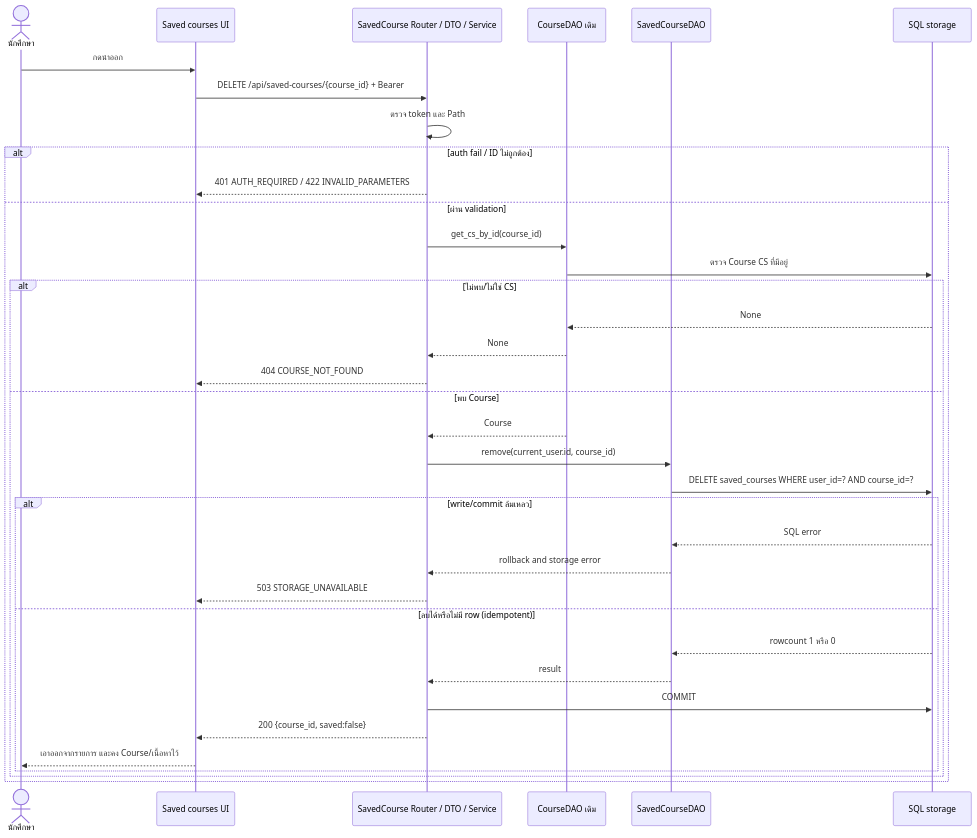
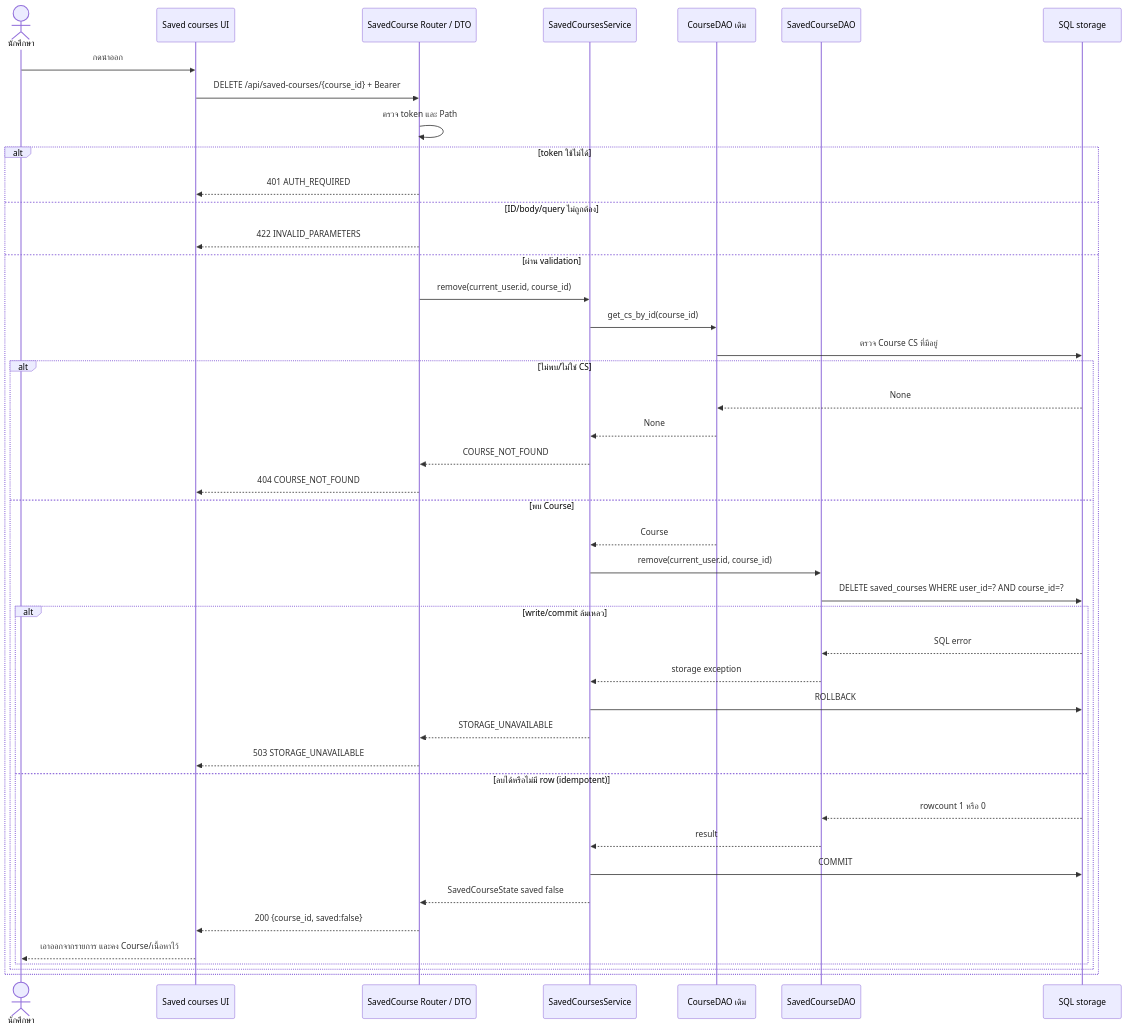
The diagram in docs/U10/design/task104-saved-courses-remove.mmd (Lilieay/cs261-group4-100001), drawn with Mermaid before and after one commit. The commit also changed 3 other files, not shown here.

```diff
--- a/docs/U10/design/task104-saved-courses-remove.mmd
+++ b/docs/U10/design/task104-saved-courses-remove.mmd
@@ -1,36 +1,44 @@
 sequenceDiagram
     actor Student as นักศึกษา
     participant UI as Saved courses UI
-    participant API as SavedCourse Router / DTO / Service
+    participant API as SavedCourse Router / DTO
+    participant SVC as SavedCoursesService
     participant CourseDAO as CourseDAO เดิม
     participant DAO as SavedCourseDAO
     participant DB as SQL storage
     Student->>UI: กดนำออก
     UI->>API: DELETE /api/saved-courses/{course_id} + Bearer
     API->>API: ตรวจ token และ Path
-    alt auth fail / ID ไม่ถูกต้อง
-        API-->>UI: 401 AUTH_REQUIRED / 422 INVALID_PARAMETERS
+    alt token ใช้ไม่ได้
+        API-->>UI: 401 AUTH_REQUIRED
+    else ID/body/query ไม่ถูกต้อง
+        API-->>UI: 422 INVALID_PARAMETERS
     else ผ่าน validation
-        API->>CourseDAO: get_cs_by_id(course_id)
+        API->>SVC: remove(current_user.id, course_id)
+        SVC->>CourseDAO: get_cs_by_id(course_id)
         CourseDAO->>DB: ตรวจ Course CS ที่มีอยู่
         alt ไม่พบ/ไม่ใช่ CS
             DB-->>CourseDAO: None
-            CourseDAO-->>API: None
+            CourseDAO-->>SVC: None
+            SVC-->>API: COURSE_NOT_FOUND
             API-->>UI: 404 COURSE_NOT_FOUND
         else พบ Course
-            CourseDAO-->>API: Course
-            API->>DAO: remove(current_user.id, course_id)
+            CourseDAO-->>SVC: Course
+            SVC->>DAO: remove(current_user.id, course_id)
             DAO->>DB: DELETE saved_courses WHERE user_id=? AND course_id=?
             alt write/commit ล้มเหลว
                 DB-->>DAO: SQL error
-                DAO-->>API: rollback and storage error
+                DAO-->>SVC: storage exception
+                SVC->>DB: ROLLBACK
+                SVC-->>API: STORAGE_UNAVAILABLE
                 API-->>UI: 503 STORAGE_UNAVAILABLE
             else ลบได้หรือไม่มี row (idempotent)
                 DB-->>DAO: rowcount 1 หรือ 0
-                DAO-->>API: result
-                API->>DB: COMMIT
+                DAO-->>SVC: result
+                SVC->>DB: COMMIT
+                SVC-->>API: SavedCourseState saved false
                 API-->>UI: 200 {course_id, saved:false}
                 UI-->>Student: เอาออกจากรายการ และคง Course/เนื้อหาไว้
             end
         end
     end
```
